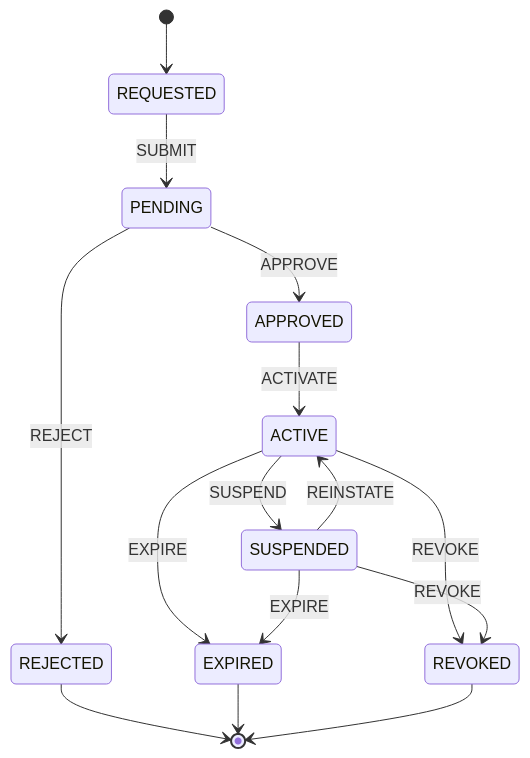
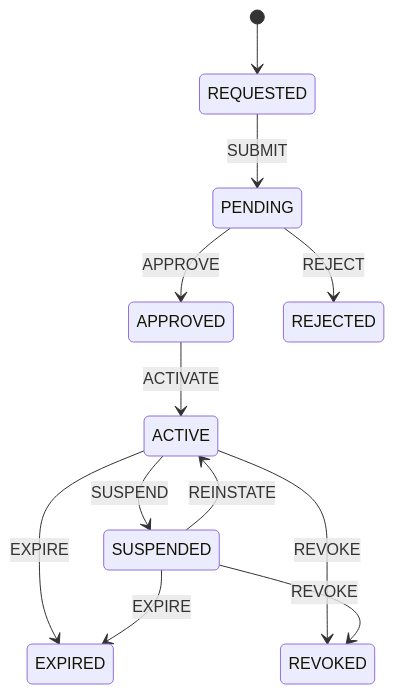
One commit to kola-white/rsa-attestation-engine changed the diagram in docs/architecture/authority-establishment-state-machine.md. Above: the diagram before and after it, drawn with Mermaid.

Commit message:
docs: clarify authority lifecycle terminal states (#123)

````diff
--- a/docs/architecture/authority-establishment-state-machine.md
+++ b/docs/architecture/authority-establishment-state-machine.md
@@ -610,23 +610,19 @@
 ```mermaid
 stateDiagram-v2
     [*] --> REQUESTED
 
     REQUESTED --> PENDING: SUBMIT
 
     PENDING --> APPROVED: APPROVE
     PENDING --> REJECTED: REJECT
 
     APPROVED --> ACTIVE: ACTIVATE
 
     ACTIVE --> SUSPENDED: SUSPEND
     ACTIVE --> EXPIRED: EXPIRE
     ACTIVE --> REVOKED: REVOKE
 
     SUSPENDED --> ACTIVE: REINSTATE
     SUSPENDED --> EXPIRED: EXPIRE
     SUSPENDED --> REVOKED: REVOKE
-
-    REJECTED --> [*]
-    EXPIRED --> [*]
-    REVOKED --> [*]
 ```
````
